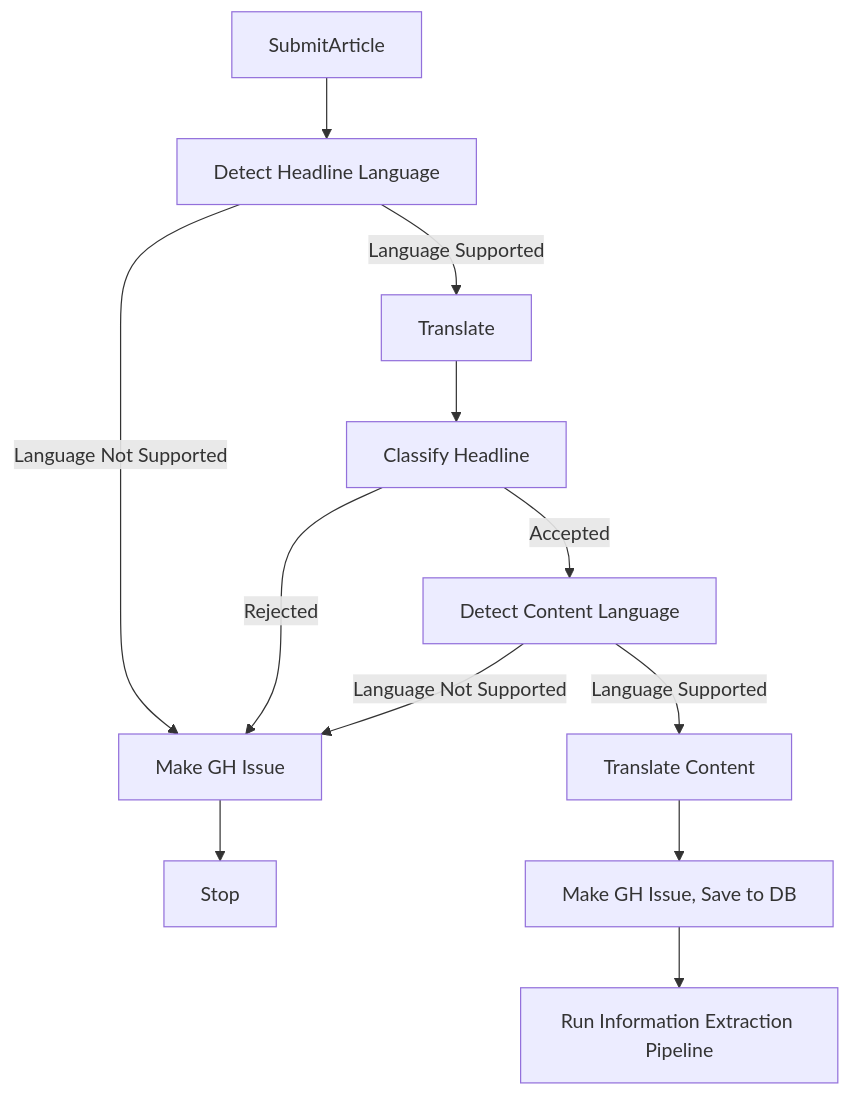
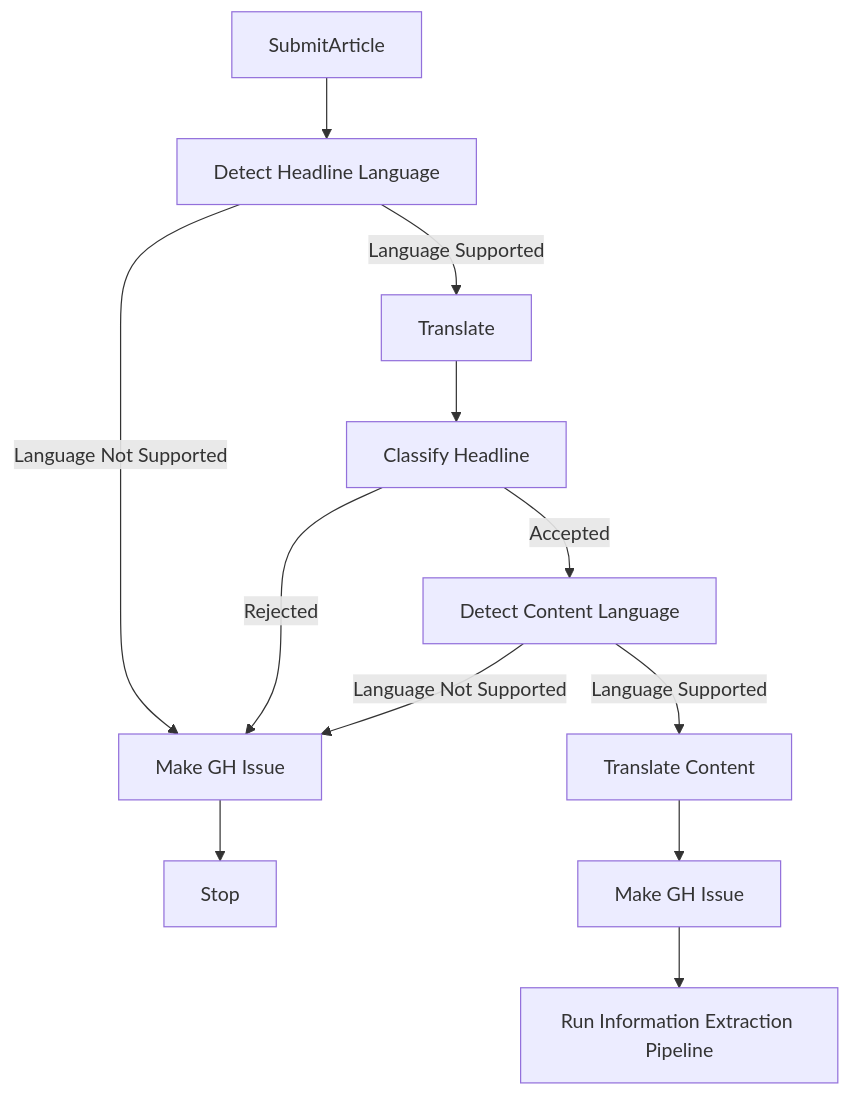
Before and after one commit to armsp/AIFU: the third of 4 diagrams in README.md, drawn with Mermaid.

````diff
--- a/README.md
+++ b/README.md
@@ -160,10 +160,10 @@
 ```mermaid
 flowchart TB
     SubmitArticle --> A[Detect Headline Language] --> |Language Supported| B[Translate]
     A --> |Language Not Supported| C[Make GH Issue] --> Stop
     B --> D[Classify Headline] --> |Accepted|E[Detect Content Language]
     D --> |Rejected|C 
     E --> |Language Not Supported| C
     E --> |Language Supported| H[Translate Content]
-    H --> F[Make GH Issue, Save to DB] --> J[Run Information Extraction Pipeline] 
+    H --> F[Make GH Issue] --> J[Run Information Extraction Pipeline] 
 ```
````
